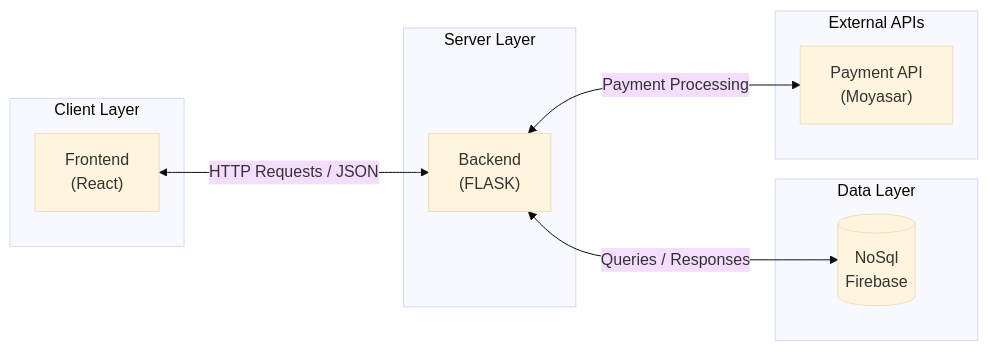
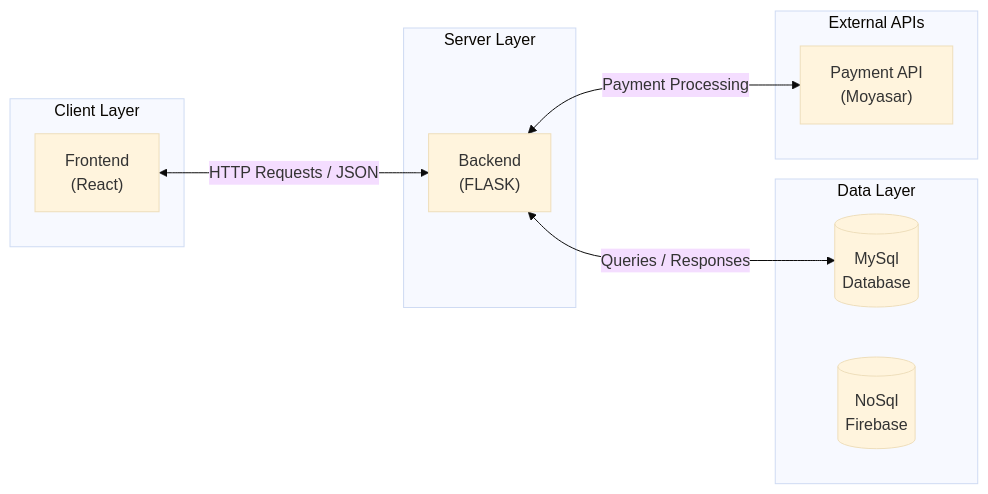
Before and after one commit to aziz5g-tech/holbertonschool-portfolio-project: the first of 2 diagrams in Stage 3/high-level architecture diagram .md, drawn with Mermaid (base theme).

Commit message:
Fix NoSql database representation in architecture diagram

````diff
--- a/Stage 3/high-level architecture diagram .md
+++ b/Stage 3/high-level architecture diagram .md
@@ -4,23 +4,23 @@
 ```mermaid
 flowchart LR
     subgraph Client["Client Layer"]
         FE["Frontend<br/>(React)"]
     end
 
     subgraph Server["Server Layer"]
         BE["Backend<br/>(FLASK)"]
     end
 
     subgraph Data["Data Layer"]
         DB[(MySql<br/>Database)]
-        DB[(NoSql<br/>Firebase)]
+        DB2[(NoSql<br/>Firebase)]
     end
 
     subgraph External["External APIs"]
         MOYASAR["Payment API<br/>(Moyasar)"]
     end
 
     FE <-->|"HTTP Requests / JSON"| BE
     BE <-->|"Queries / Responses"| DB
     BE <-->|"Payment Processing"| MOYASAR
 ```
````
